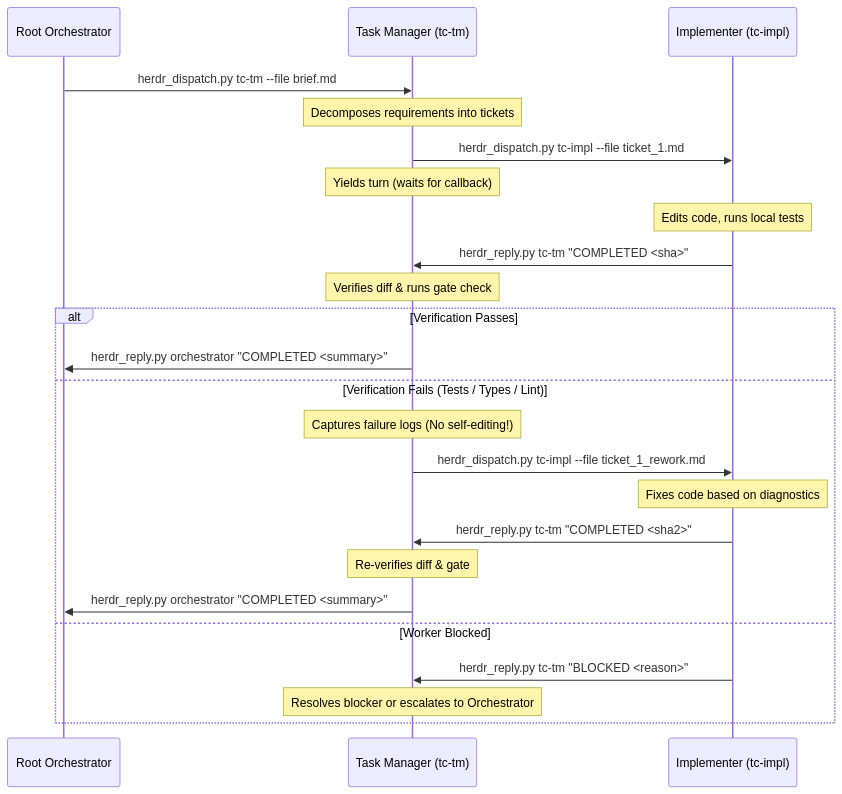
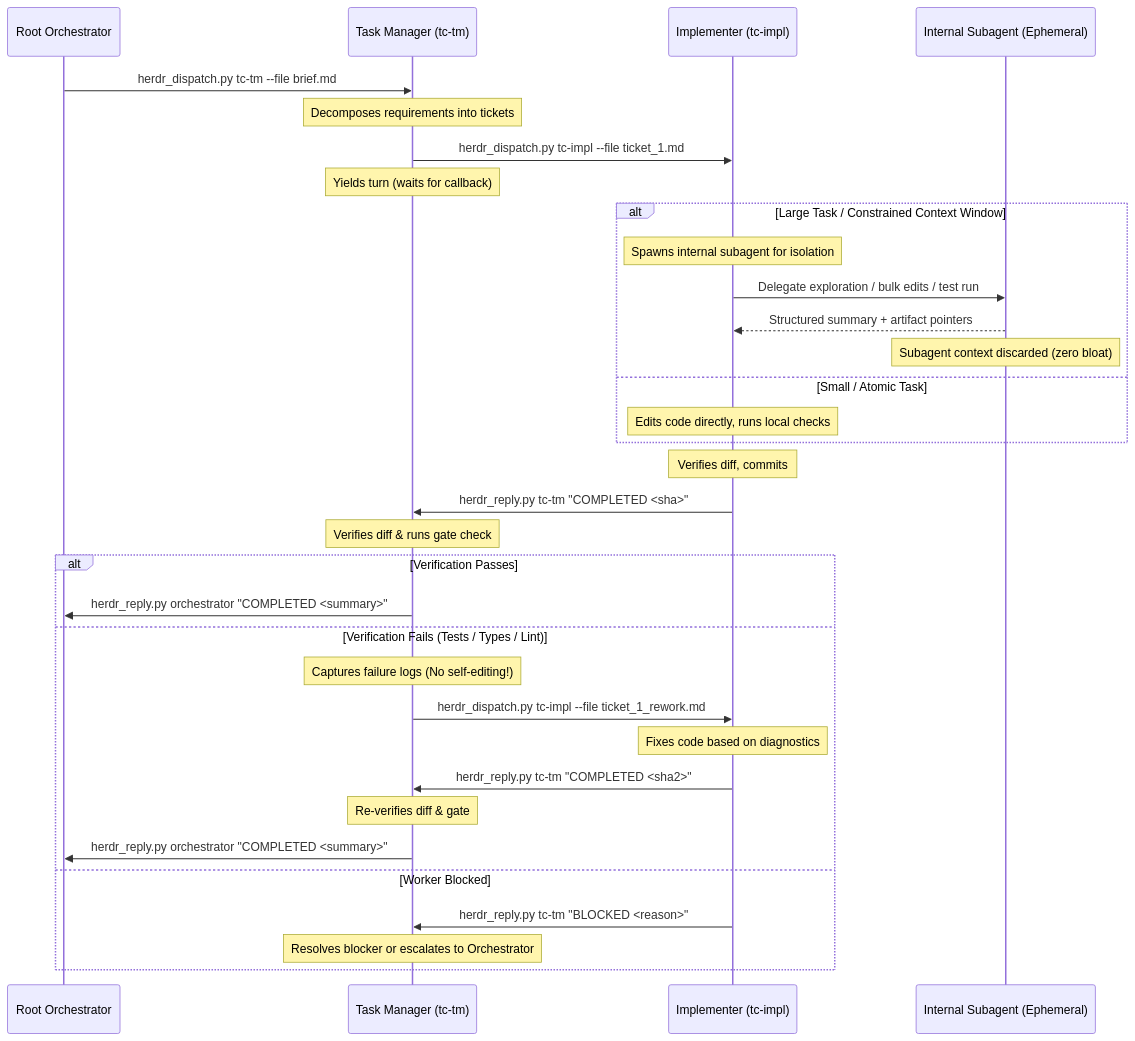
The diagram in skills/herdr/references/lane-coordination.md (Rianico/harness-zkx), drawn with Mermaid before and after one commit. The commit also changed other lines of this file and 2 other files, not shown here.

First line of the commit message:
docs(herdr): document implementer context isolation via internal subagents (#156)

````diff
--- a/skills/herdr/references/lane-coordination.md
+++ b/skills/herdr/references/lane-coordination.md
@@ -100,28 +123,39 @@
 ```mermaid
 sequenceDiagram
     participant Orch as Root Orchestrator
     participant TM as Task Manager (tc-tm)
     participant Impl as Implementer (tc-impl)
+    participant Sub as Internal Subagent (Ephemeral)
 
     Orch->>TM: herdr_dispatch.py tc-tm --file brief.md
     Note over TM: Decomposes requirements into tickets
     TM->>Impl: herdr_dispatch.py tc-impl --file ticket_1.md
     Note over TM: Yields turn (waits for callback)
-    Note over Impl: Edits code, runs local tests
+
+    alt Large Task / Constrained Context Window
+        Note over Impl: Spawns internal subagent for isolation
+        Impl->>Sub: Delegate exploration / bulk edits / test run
+        Sub-->>Impl: Structured summary + artifact pointers
+        Note over Sub: Subagent context discarded (zero bloat)
+    else Small / Atomic Task
+        Note over Impl: Edits code directly, runs local checks
+    end
+
+    Note over Impl: Verifies diff, commits
     Impl->>TM: herdr_reply.py tc-tm "COMPLETED <sha>"
     Note over TM: Verifies diff & runs gate check
 
     alt Verification Passes
         TM->>Orch: herdr_reply.py orchestrator "COMPLETED <summary>"
     else Verification Fails (Tests / Types / Lint)
         Note over TM: Captures failure logs (No self-editing!)
         TM->>Impl: herdr_dispatch.py tc-impl --file ticket_1_rework.md
         Note over Impl: Fixes code based on diagnostics
         Impl->>TM: herdr_reply.py tc-tm "COMPLETED <sha2>"
         Note over TM: Re-verifies diff & gate
         TM->>Orch: herdr_reply.py orchestrator "COMPLETED <summary>"
     else Worker Blocked
         Impl->>TM: herdr_reply.py tc-tm "BLOCKED <reason>"
         Note over TM: Resolves blocker or escalates to Orchestrator
     end
 ```
````
